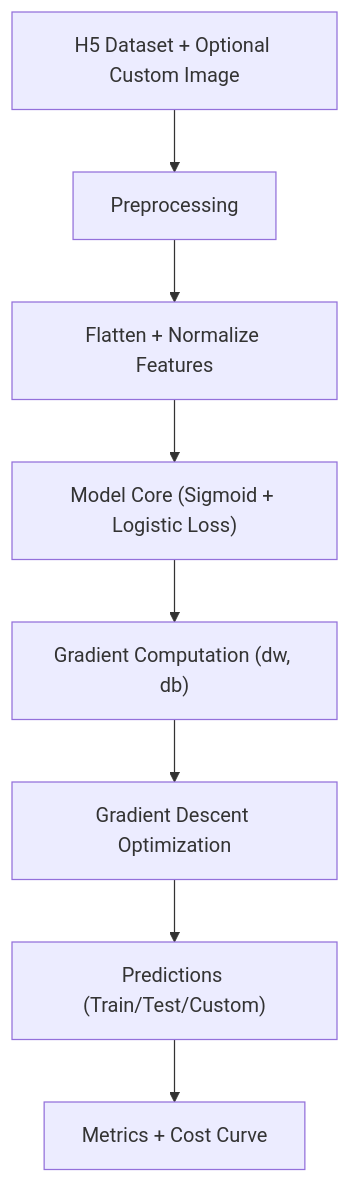
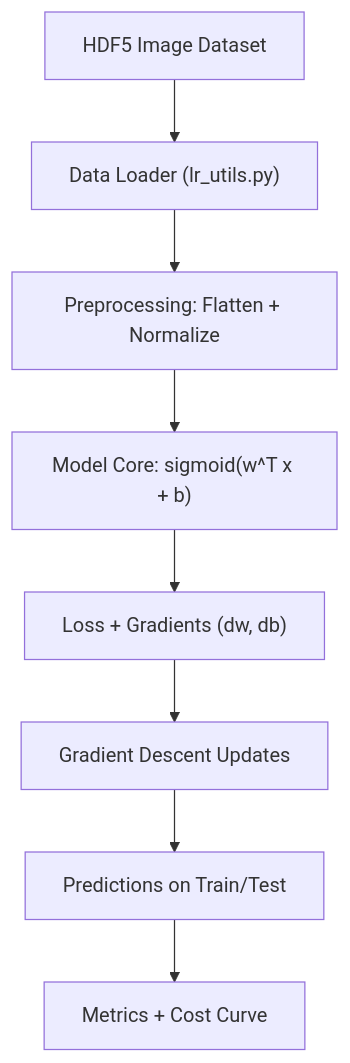
The diagram in README.md (TrishamBP/Neural-Network-Logistic-Regression), drawn with Mermaid before and after one commit. The commit also changed other lines of this file and 1 other file, not shown here.

````diff
--- a/README.md
+++ b/README.md
@@ -25,10 +27,10 @@
 ```mermaid
 graph TD
-    A[H5 Dataset + Optional Custom Image] --> B[Preprocessing]
-    B --> C["Flatten + Normalize Features"]
-    C --> D["Model Core (Sigmoid + Logistic Loss)"]
-    D --> E["Gradient Computation (dw, db)"]
-    E --> F["Gradient Descent Optimization"]
-    F --> G["Predictions (Train/Test/Custom)"]
+    A["HDF5 Image Dataset"] --> B["Data Loader (lr_utils.py)"]
+    B --> C["Preprocessing: Flatten + Normalize"]
+    C --> D["Model Core: sigmoid(w^T x + b)"]
+    D --> E["Loss + Gradients (dw, db)"]
+    E --> F["Gradient Descent Updates"]
+    F --> G["Predictions on Train/Test"]
     G --> H["Metrics + Cost Curve"]
 ```
````
